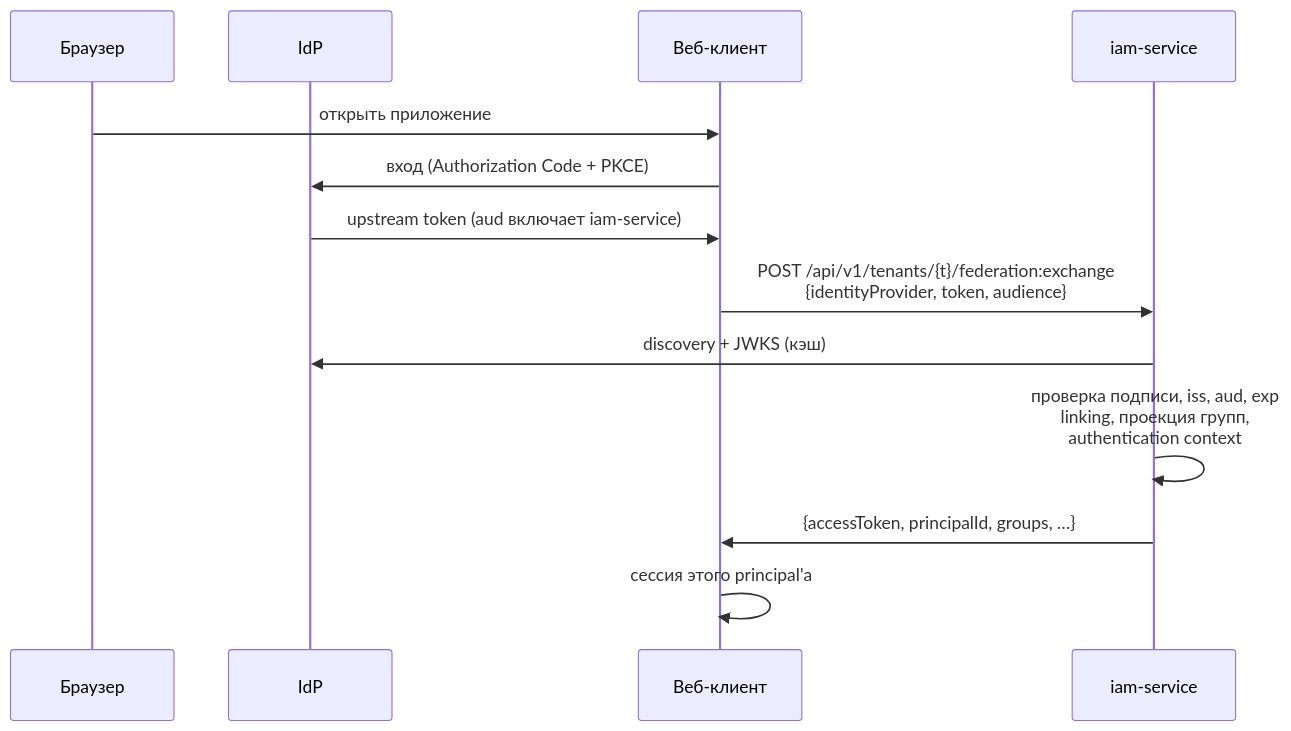
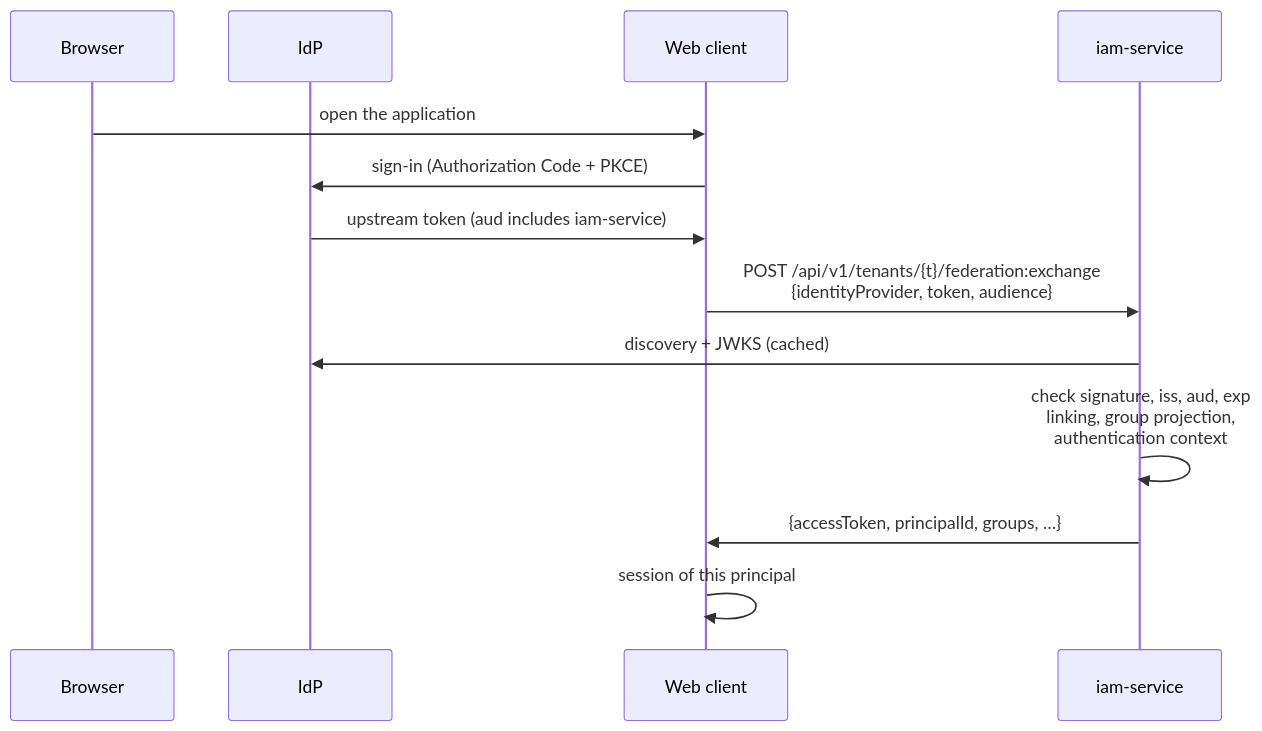
One commit to monthu56/taimen changed the first of 3 diagrams in guide/docs/iam/federation.md. Above: the diagram before and after it, drawn with Mermaid. The commit also changed other lines of this file and 183 other files, not shown here.

````diff
--- a/guide/docs/iam/federation.md
+++ b/guide/docs/iam/federation.md
@@ -18,15 +20,15 @@
 ```mermaid
 sequenceDiagram
-    participant U as Браузер
+    participant U as Browser
     participant KC as IdP
-    participant L as Веб-клиент
+    participant L as Web client
     participant IAM as iam-service
-    U->>L: открыть приложение
-    L->>KC: вход (Authorization Code + PKCE)
-    KC->>L: upstream token (aud включает iam-service)
+    U->>L: open the application
+    L->>KC: sign-in (Authorization Code + PKCE)
+    KC->>L: upstream token (aud includes iam-service)
     L->>IAM: POST /api/v1/tenants/{t}/federation:exchange<br/>{identityProvider, token, audience}
-    IAM->>KC: discovery + JWKS (кэш)
-    IAM->>IAM: проверка подписи, iss, aud, exp<br/>linking, проекция групп,<br/>authentication context
+    IAM->>KC: discovery + JWKS (cached)
+    IAM->>IAM: check signature, iss, aud, exp<br/>linking, group projection,<br/>authentication context
     IAM->>L: {accessToken, principalId, groups, …}
-    L->>L: сессия этого principal'а
+    L->>L: session of this principal
 ```
````
